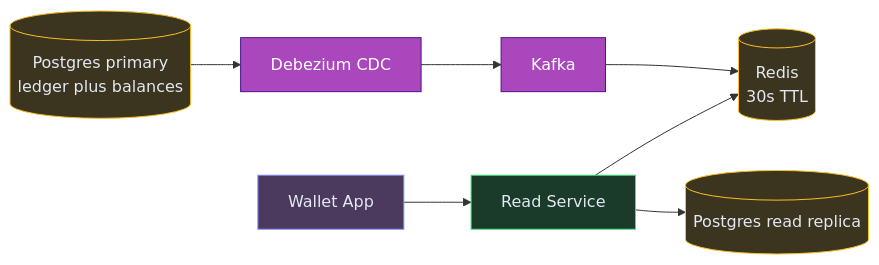
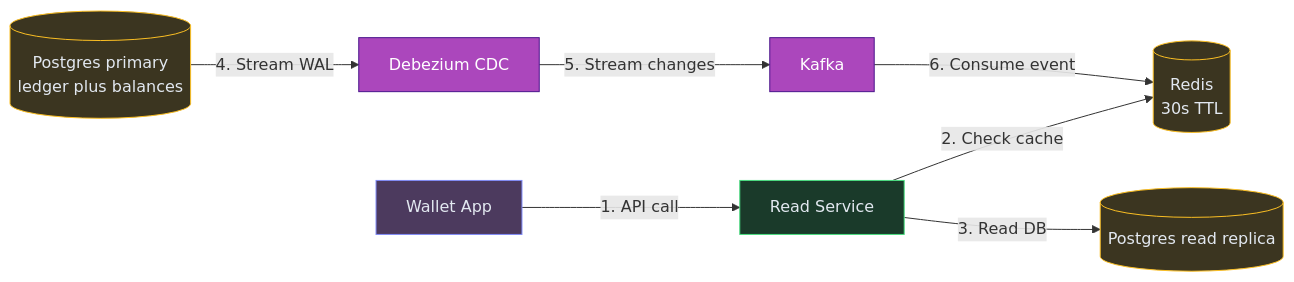
The sixth of 10 diagrams in content/hld/DigitalWallet.md (iluzn/HLD-Designs), drawn with Mermaid before and after one commit. The commit also changed other lines of this file and 27 other files, not shown here.

````diff
--- a/content/hld/DigitalWallet.md
+++ b/content/hld/DigitalWallet.md
@@ -536,22 +536,22 @@
 ```mermaid
 flowchart LR
     APP["Wallet App"]:::client
     READ["Read Service"]:::service
     REDIS[("Redis<br/>30s TTL")]:::data
     REPL[("Postgres read replica")]:::data
     PRIM[("Postgres primary<br/>ledger plus balances")]:::data
     CDC["Debezium CDC"]:::async
     K["Kafka"]:::async
 
-    APP --> READ
-    READ --> REDIS
-    READ --> REPL
-    PRIM --> CDC
-    CDC --> K
-    K --> REDIS
+    APP -->|"1. API call"| READ
+    READ -->|"2. Check cache"| REDIS
+    READ -->|"3. Read DB"| REPL
+    PRIM -->|"4. Stream WAL"| CDC
+    CDC -->|"5. Stream changes"| K
+    K -->|"6. Consume event"| REDIS
 
     classDef client fill:#4c3a5e,stroke:#818cf8,color:#e2e8f0
     classDef service fill:#1a3a2a,stroke:#4ade80,color:#e2e8f0
     classDef async fill:#AB47BC,stroke:#4A148C,color:#fff
     classDef data fill:#3b3520,stroke:#fbbf24,color:#e2e8f0
 ```
````
